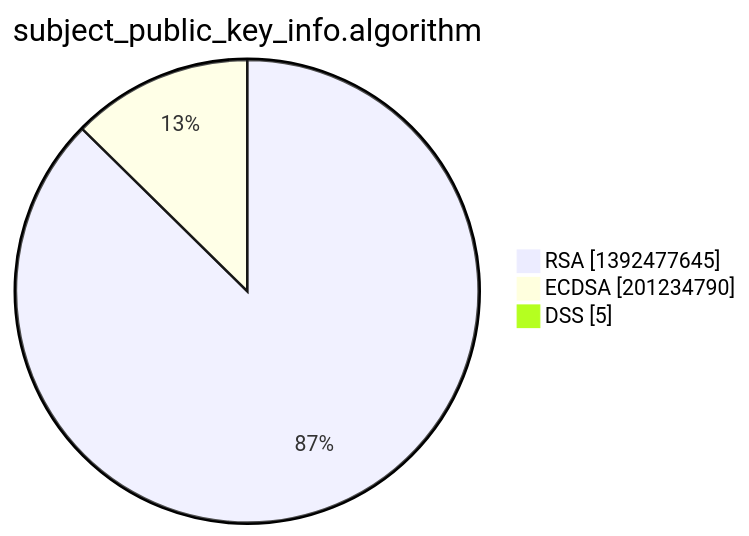
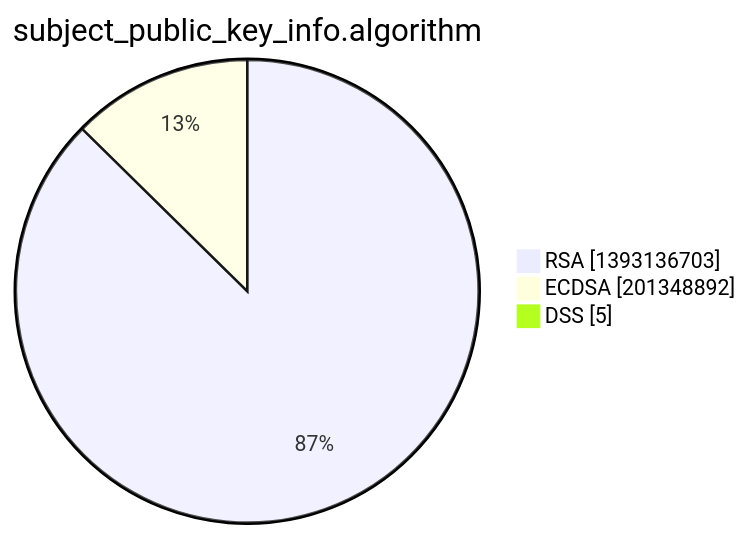
Before and after one commit to christiankrug/ctmonitor_visualization: the third of 15 diagrams in xenon2022/README.md, drawn with Mermaid. The commit also changed other lines of this file, not shown here.

````diff
--- a/xenon2022/README.md
+++ b/xenon2022/README.md
@@ -14,7 +14,7 @@
 ```mermaid
 pie showData
 title subject_public_key_info.algorithm
-"RSA" :1392477645
-"ECDSA" :201234790
+"RSA" :1393136703
+"ECDSA" :201348892
 "DSS" :5
 ```
````
